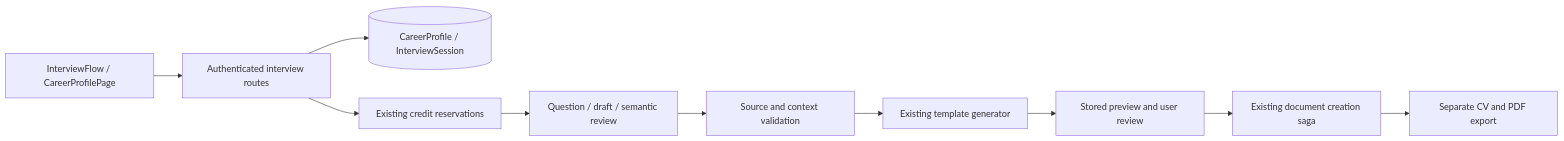
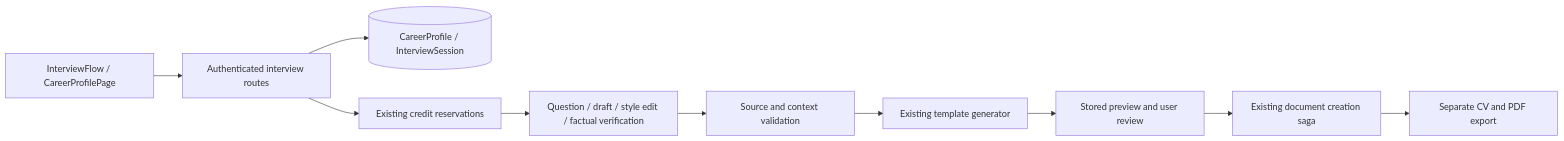
Before and after one commit to kamilwrz/pdf-generator: the first of 2 diagrams in docs/INTERVIEWS.md, drawn with Mermaid. The commit also changed other lines of this file and 22 other files, not shown here.

````diff
--- a/docs/INTERVIEWS.md
+++ b/docs/INTERVIEWS.md
@@ -44,12 +44,12 @@
 ```mermaid
 flowchart LR
     UI[InterviewFlow / CareerProfilePage] --> API[Authenticated interview routes]
     API --> DB[(CareerProfile / InterviewSession)]
     API --> Credits[Existing credit reservations]
-    Credits --> AI[Question / draft / semantic review]
+    Credits --> AI[Question / draft / style edit / factual verification]
     AI --> Grounding[Source and context validation]
     Grounding --> Layout[Existing template generator]
     Layout --> Review[Stored preview and user review]
     Review --> Save[Existing document creation saga]
     Save --> PDF[Separate CV and PDF export]
 ```
````
